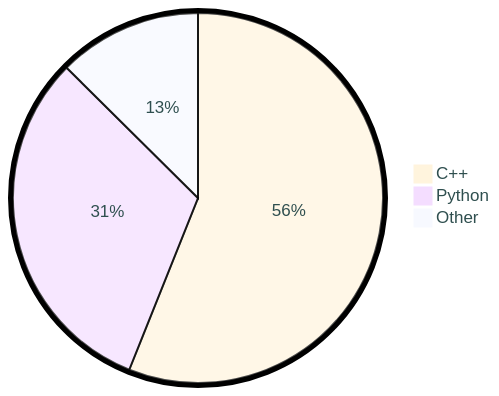
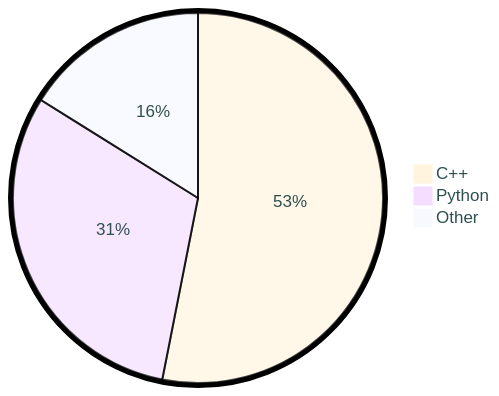
Before and after one commit to tot0p/tot0p: the diagram in README.md, drawn with Mermaid. The commit also changed other lines of this file, not shown here.

````diff
--- a/README.md
+++ b/README.md
@@ -76,7 +81,7 @@
 ```mermaid
 %%{init: {"pie": {"textPosition": 0.5}, "themeVariables": {"pieOuterStrokeWidth": "5px","primaryTextColor" : "#2F4F4F"},"theme":"base"} }%%
 pie
-	"C++": 56.06
-	"Python": 31.37
-	"Other": 12.57
+	"C++": 53.1
+	"Python": 30.79
+	"Other": 16.120000000000005
 ```
````
